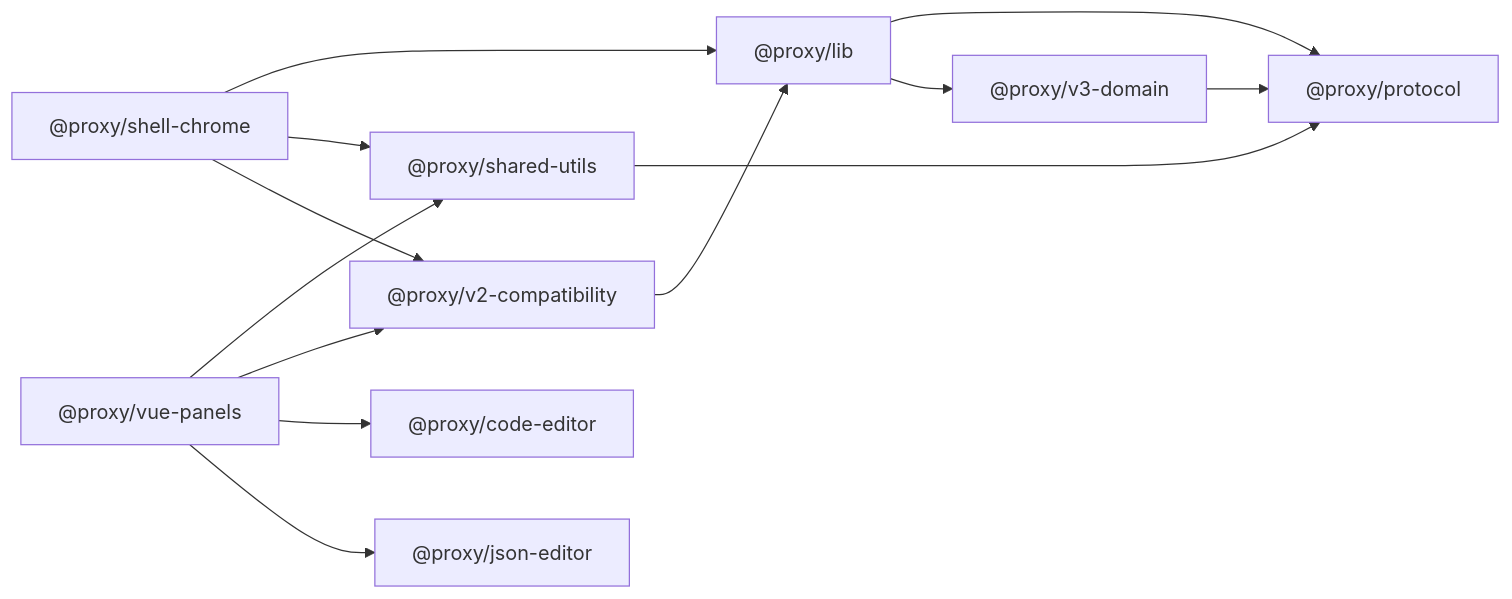
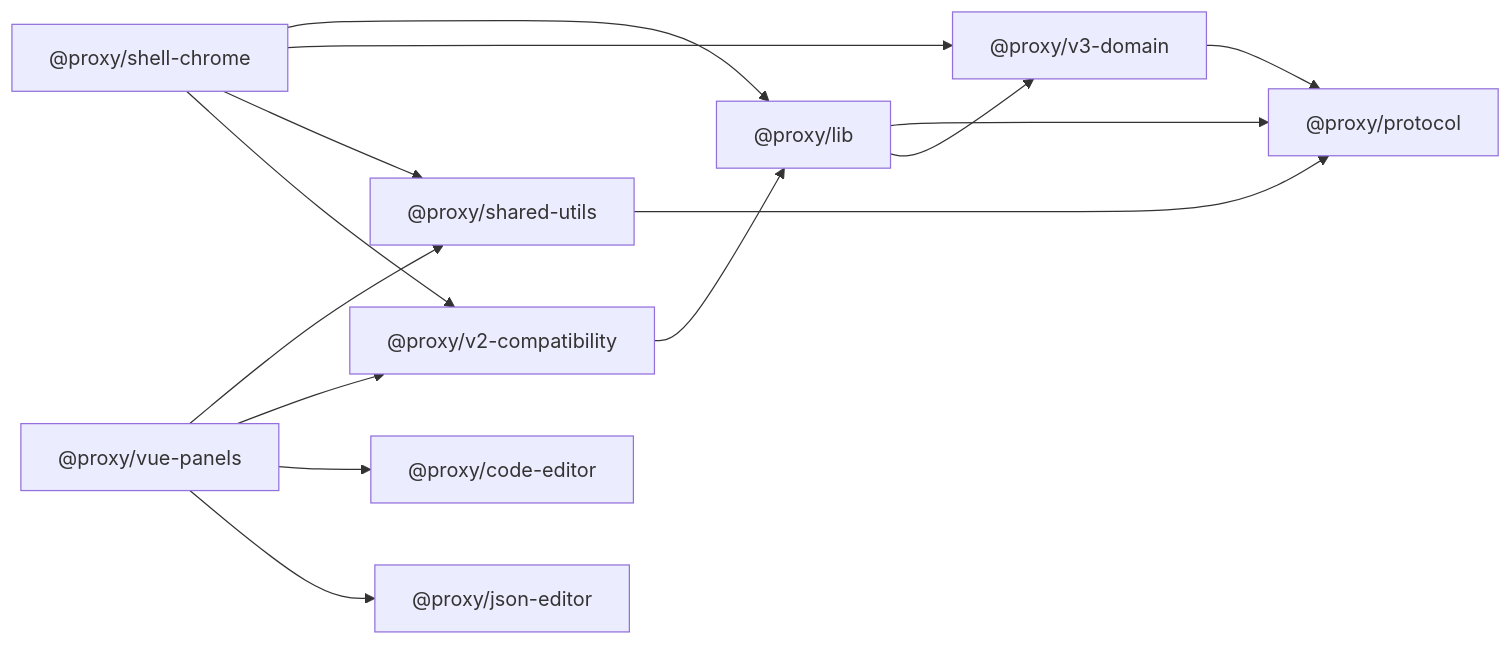
One commit to Nyakooo/ajax-proxy changed the first of 4 diagrams in docs/V3-ARCHITECTURE-ASSESSMENT.zh.md. Above: the diagram before and after it, drawn with Mermaid. The commit also changed other lines of this file and 1 other file, not shown here.

````diff
--- a/docs/V3-ARCHITECTURE-ASSESSMENT.zh.md
+++ b/docs/V3-ARCHITECTURE-ASSESSMENT.zh.md
@@ -9,25 +9,26 @@
 ```mermaid
 flowchart LR
   protocol["@proxy/protocol"]
   proxy["@proxy/lib"]
   shared["@proxy/shared-utils"]
   compat["@proxy/v2-compatibility"]
   shell["@proxy/shell-chrome"]
   domain["@proxy/v3-domain"]
   panels["@proxy/vue-panels"]
   code["@proxy/code-editor"]
   json["@proxy/json-editor"]
 
   proxy --> protocol
   proxy --> domain
   shared --> protocol
   compat --> proxy
   domain --> protocol
   shell --> proxy
+  shell --> domain
   shell --> shared
   shell --> compat
   panels --> shared
   panels --> compat
   panels --> code
   panels --> json
 ```
````
